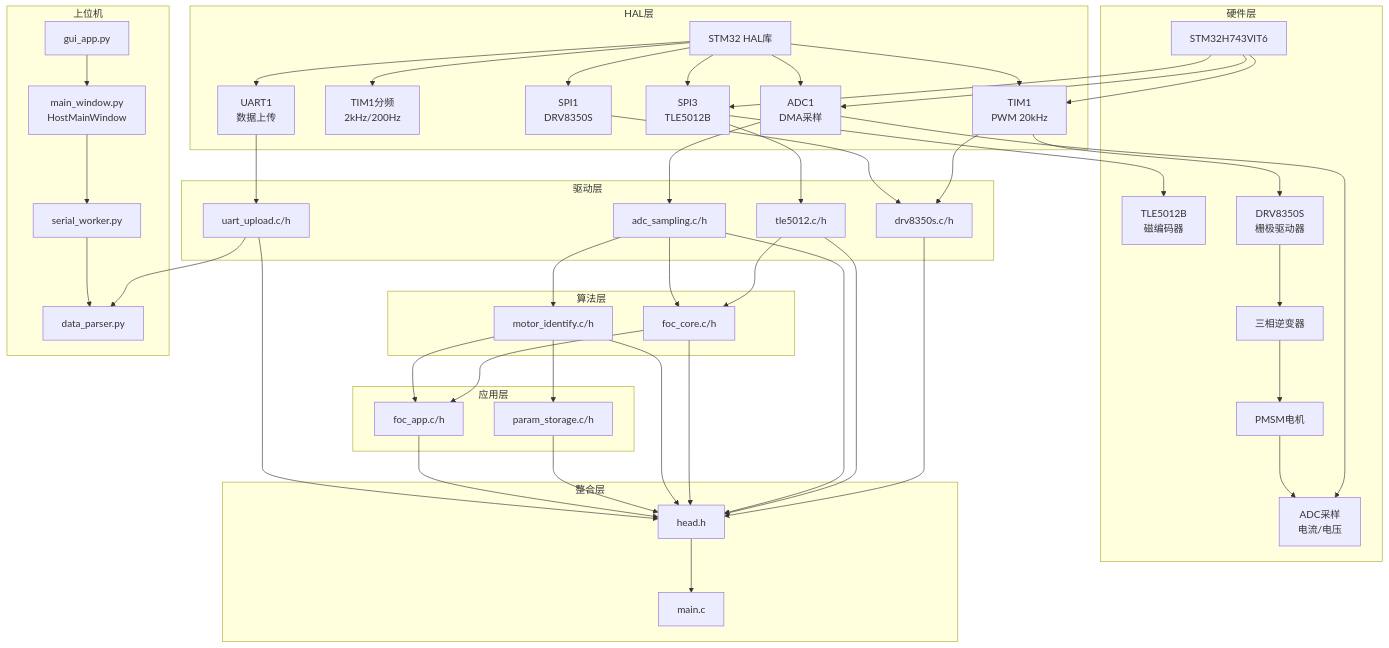
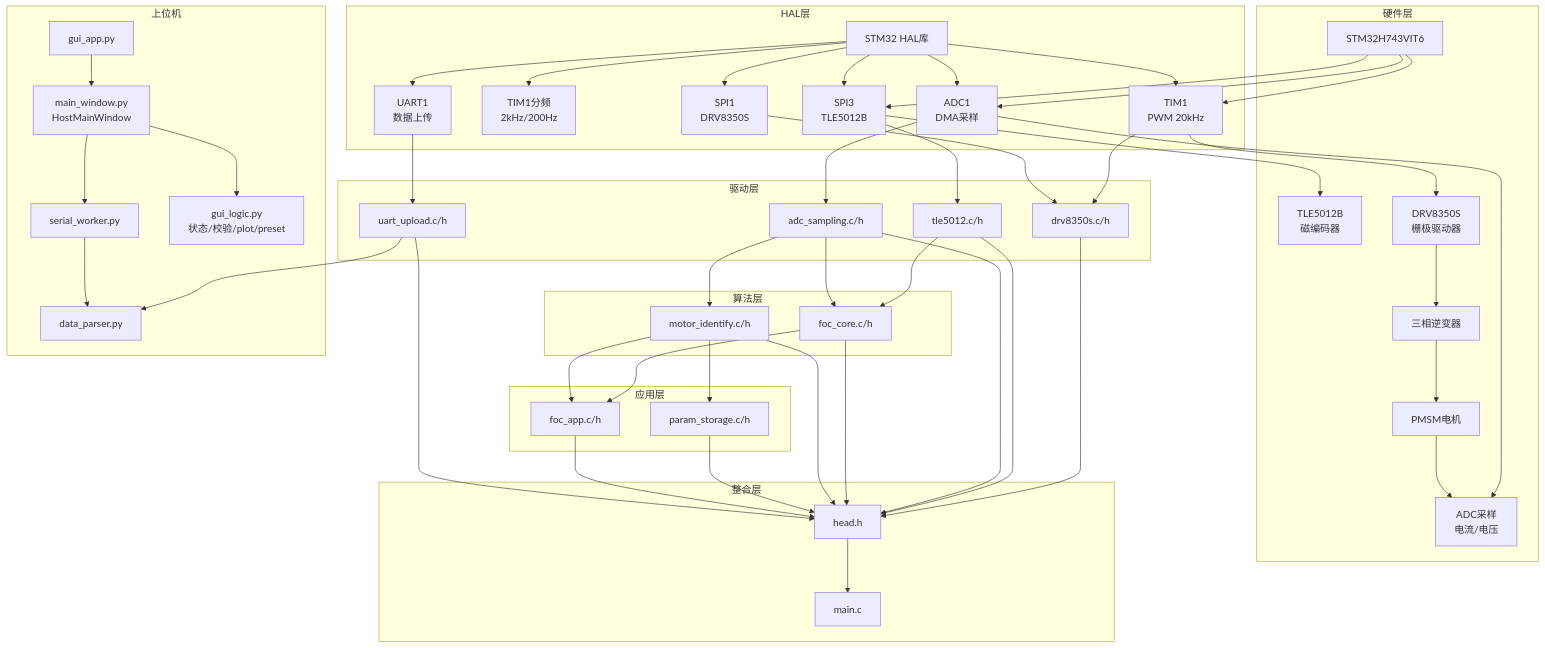
One commit to xianyuyijinban/24V-FOC-controller changed the first of 7 diagrams in Project_Architecture.md. Above: the diagram before and after it, drawn with Mermaid. The commit also changed other lines of this file and 7 other files, not shown here.

Commit message:
feat: complete host GUI roadmap

````diff
--- a/Project_Architecture.md
+++ b/Project_Architecture.md
@@ -73,6 +73,7 @@
         GUIAPP[gui_app.py]
         HOSTWIN[main_window.py<br/>HostMainWindow]
         SERIALW[serial_worker.py]
+        GUILOGIC[gui_logic.py<br/>状态/校验/plot/preset]
         PARSER[data_parser.py]
     end
 
@@ -121,6 +122,7 @@
     %% 到上位机
     UART --> PARSER
     GUIAPP --> HOSTWIN
+    HOSTWIN --> GUILOGIC
     HOSTWIN --> SERIALW
     SERIALW --> PARSER
 ```
````
